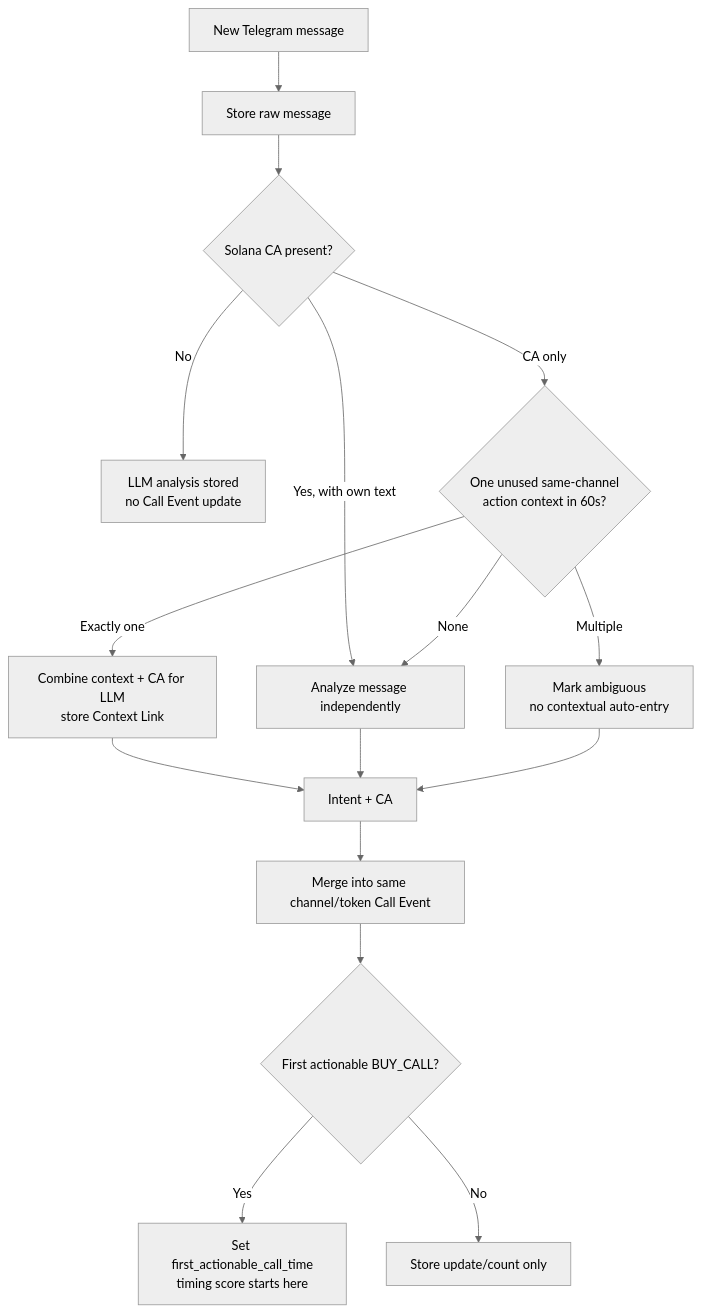
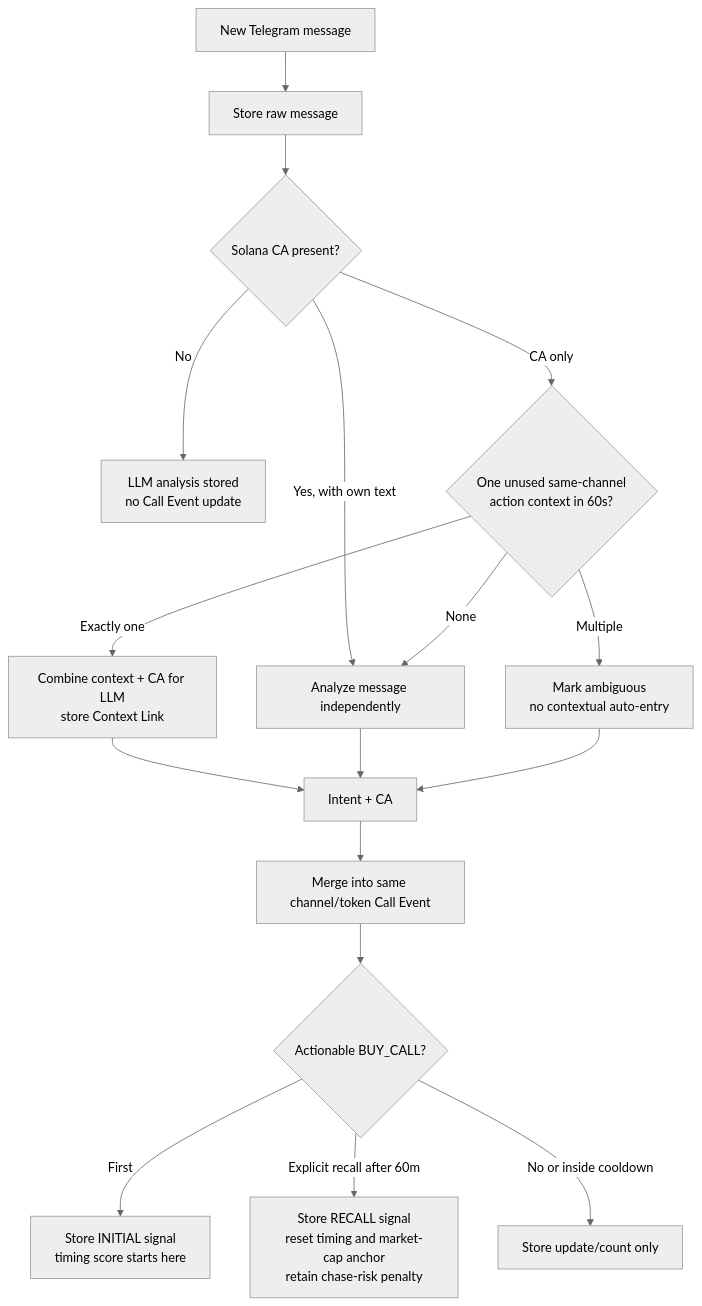
Before and after one commit to helloyeop/tg_meme: the second of 5 diagrams in docs/CURRENT_IMPLEMENTATION_OVERVIEW.md, drawn with Mermaid (neutral theme). The commit also changed other lines of this file and 15 other files, not shown here.

Commit message:
Add actionable recall anchors for renewed calls

````diff
--- a/docs/CURRENT_IMPLEMENTATION_OVERVIEW.md
+++ b/docs/CURRENT_IMPLEMENTATION_OVERVIEW.md
@@ -55,18 +55,19 @@
 ```mermaid
 flowchart TD
     M["New Telegram message"] --> S["Store raw message"]
     S --> E{"Solana CA present?"}
     E -- "No" --> A["LLM analysis stored<br/>no Call Event update"]
     E -- "Yes, with own text" --> D["Analyze message independently"]
     E -- "CA only" --> W{"One unused same-channel<br/>action context in 60s?"}
     W -- "Exactly one" --> C["Combine context + CA for LLM<br/>store Context Link"]
     W -- "Multiple" --> B["Mark ambiguous<br/>no contextual auto-entry"]
     W -- "None" --> D
     C --> I["Intent + CA"]
     D --> I
     B --> I
     I --> U["Merge into same channel/token Call Event"]
-    U --> T{"First actionable BUY_CALL?"}
-    T -- "Yes" --> F["Set first_actionable_call_time<br/>timing score starts here"]
-    T -- "No" --> N["Store update/count only"]
+    U --> T{"Actionable BUY_CALL?"}
+    T -- "First" --> F["Store INITIAL signal<br/>timing score starts here"]
+    T -- "Explicit recall after 60m" --> R["Store RECALL signal<br/>reset timing and market-cap anchor<br/>retain chase-risk penalty"]
+    T -- "No or inside cooldown" --> N["Store update/count only"]
 ```
````
